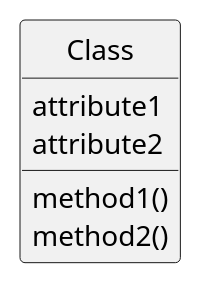
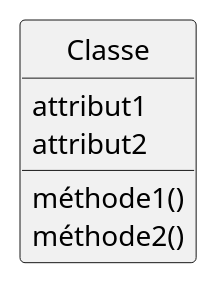
One commit to gigl-uml/Guide_uml_polymtl changed the diagram in plant_uml/classexample.plantuml. Above: the diagram before and after it, drawn with PlantUML. The commit also changed 18 other files, not shown here.

```diff
--- a/plant_uml/classexample.plantuml
+++ b/plant_uml/classexample.plantuml
@@ -1,12 +1,12 @@
 @startuml
 hide circle
 skinparam classAttributeIconSize 0
 skinparam backgroundcolor transparent
 
-class Class {
-    attribute1
-    attribute2
-    method1()
-    method2()
+class Classe {
+    attribut1
+    attribut2
+    méthode1()
+    méthode2()
 }
 @enduml
```
